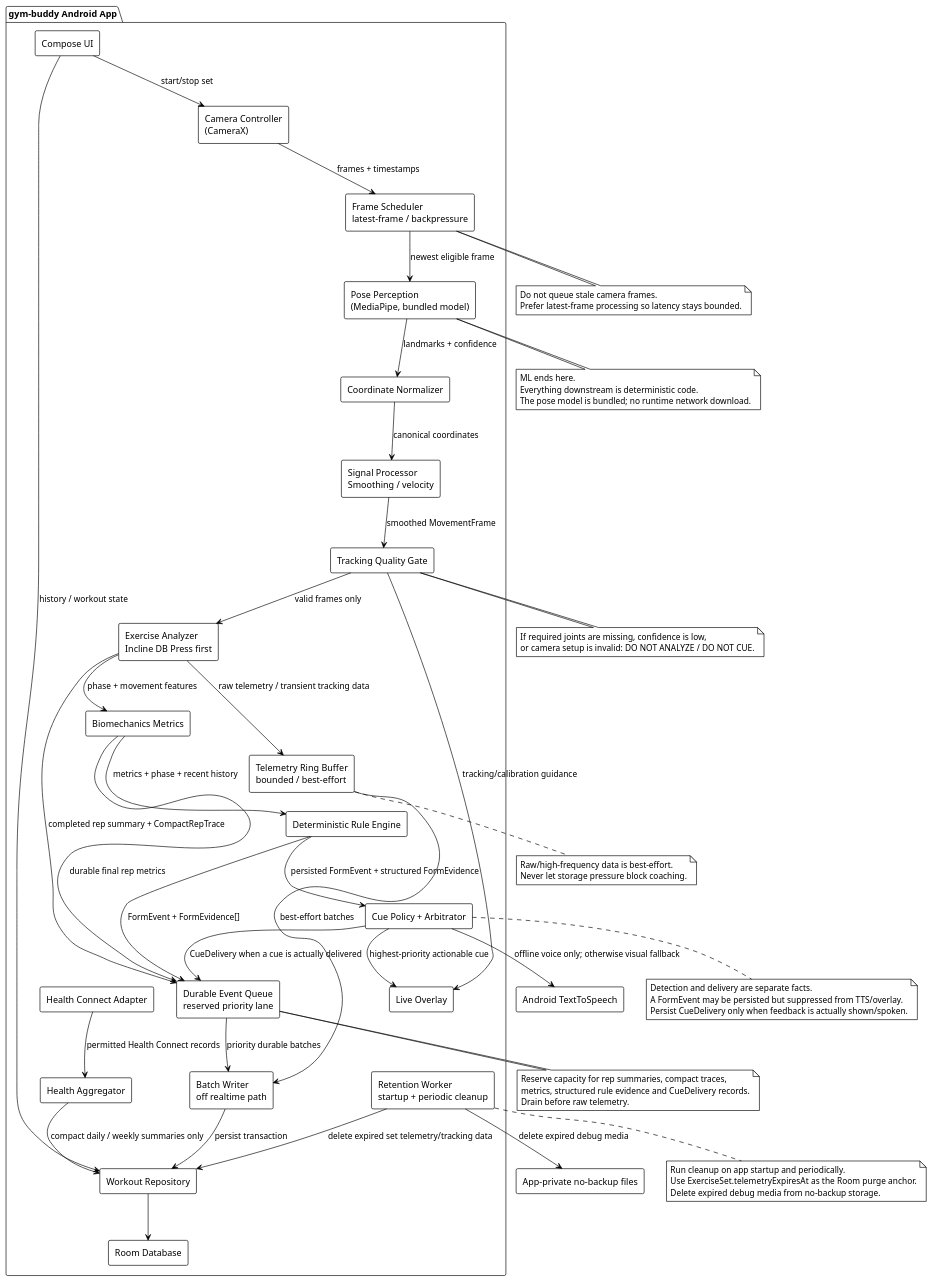
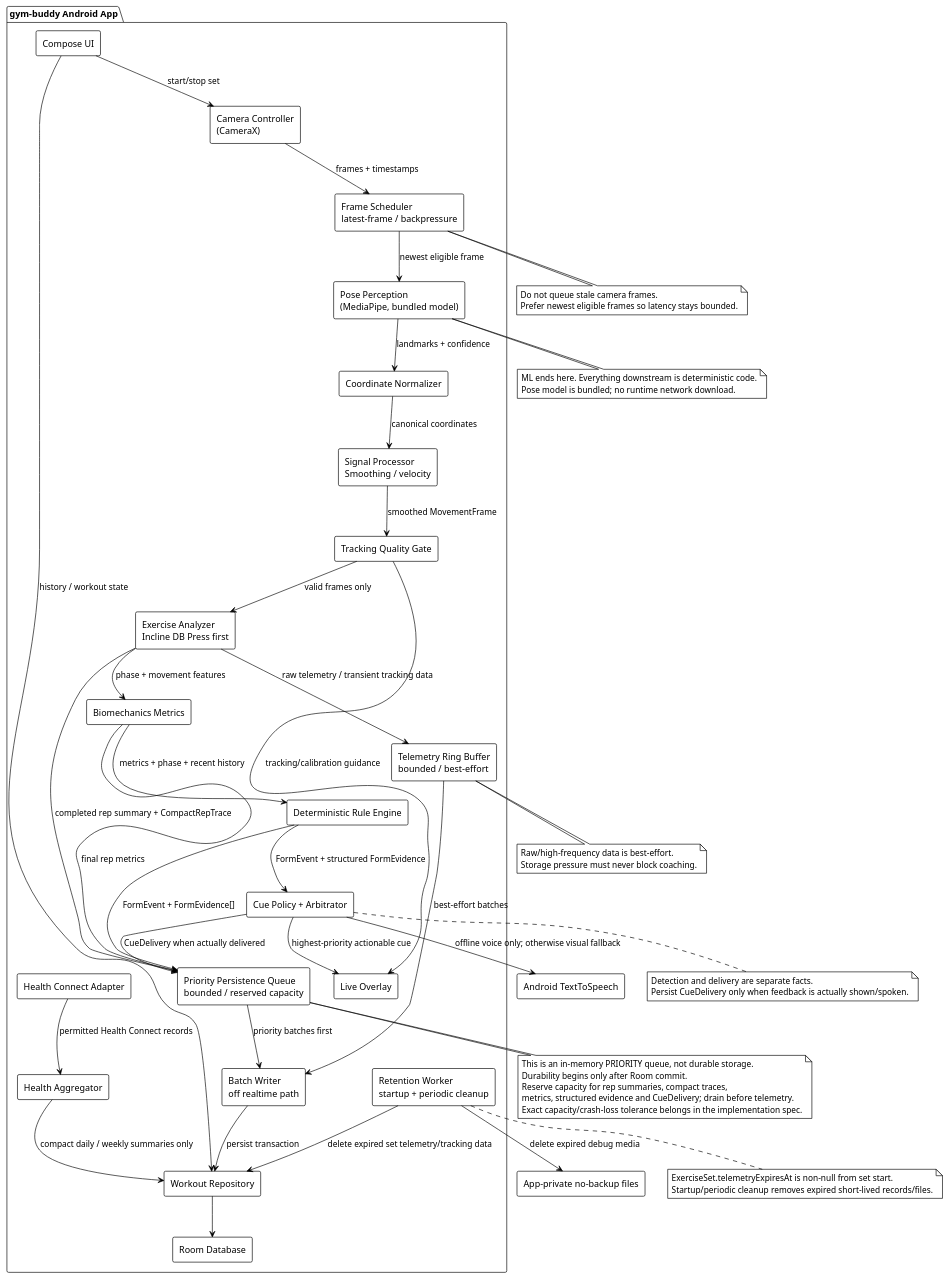
Before and after one commit to lazerta/gym-buddy: the diagram in docs/uml/02-android-components.puml, drawn with PlantUML.

Commit message:
UML v0.7: clarify priority queue semantics

```diff
--- a/docs/uml/02-android-components.puml
+++ b/docs/uml/02-android-components.puml
@@ -1,98 +1,92 @@
 @startuml
 !theme plain
 skinparam shadowing false
 skinparam componentStyle rectangle
 
 package "gym-buddy Android App" {
   [Compose UI] as UI
   [Camera Controller\n(CameraX)] as Camera
   [Frame Scheduler\nlatest-frame / backpressure] as Scheduler
   [Pose Perception\n(MediaPipe, bundled model)] as Pose
   [Coordinate Normalizer] as Normalize
   [Signal Processor\nSmoothing / velocity] as Signal
   [Tracking Quality Gate] as Quality
   [Exercise Analyzer\nIncline DB Press first] as Analyzer
   [Biomechanics Metrics] as Metrics
   [Deterministic Rule Engine] as Rules
   [Cue Policy + Arbitrator] as CuePolicy
   [Live Overlay] as Overlay
   [Telemetry Ring Buffer\nbounded / best-effort] as TelemetryBuffer
-  [Durable Event Queue\nreserved priority lane] as DurableQueue
+  [Priority Persistence Queue\nbounded / reserved capacity] as PriorityQueue
   [Batch Writer\noff realtime path] as BatchWriter
   [Workout Repository] as Repo
   [Health Connect Adapter] as Health
   [Health Aggregator] as HealthAgg
   [Retention Worker\nstartup + periodic cleanup] as Retention
   [Room Database] as Room
 }
 
 UI --> Camera : start/stop set
 Camera --> Scheduler : frames + timestamps
 Scheduler --> Pose : newest eligible frame
 Pose --> Normalize : landmarks + confidence
 Normalize --> Signal : canonical coordinates
 Signal --> Quality : smoothed MovementFrame
 Quality --> Analyzer : valid frames only
 Quality --> Overlay : tracking/calibration guidance
 Analyzer --> Metrics : phase + movement features
 Metrics --> Rules : metrics + phase + recent history
-Rules --> CuePolicy : persisted FormEvent + structured FormEvidence
+Rules --> CuePolicy : FormEvent + structured FormEvidence
 CuePolicy --> Overlay : highest-priority actionable cue
 CuePolicy --> [Android TextToSpeech] : offline voice only; otherwise visual fallback
 
 Analyzer --> TelemetryBuffer : raw telemetry / transient tracking data
-Analyzer --> DurableQueue : completed rep summary + CompactRepTrace
-Metrics --> DurableQueue : durable final rep metrics
-Rules --> DurableQueue : FormEvent + FormEvidence[]
-CuePolicy --> DurableQueue : CueDelivery when a cue is actually delivered
+Analyzer --> PriorityQueue : completed rep summary + CompactRepTrace
+Metrics --> PriorityQueue : final rep metrics
+Rules --> PriorityQueue : FormEvent + FormEvidence[]
+CuePolicy --> PriorityQueue : CueDelivery when actually delivered
 TelemetryBuffer --> BatchWriter : best-effort batches
-DurableQueue --> BatchWriter : priority durable batches
+PriorityQueue --> BatchWriter : priority batches first
 BatchWriter --> Repo : persist transaction
 Repo --> Room
 
 Health --> HealthAgg : permitted Health Connect records
 HealthAgg --> Repo : compact daily / weekly summaries only
 Retention --> Repo : delete expired set telemetry/tracking data
 Retention --> [App-private no-backup files] : delete expired debug media
 UI --> Repo : history / workout state
 
 note bottom of Pose
-ML ends here.
-Everything downstream is deterministic code.
-The pose model is bundled; no runtime network download.
+ML ends here. Everything downstream is deterministic code.
+Pose model is bundled; no runtime network download.
 end note
 
 note bottom of Scheduler
 Do not queue stale camera frames.
-Prefer latest-frame processing so latency stays bounded.
-end note
-
-note bottom of Quality
-If required joints are missing, confidence is low,
-or camera setup is invalid: DO NOT ANALYZE / DO NOT CUE.
+Prefer newest eligible frames so latency stays bounded.
 end note
 
 note bottom of TelemetryBuffer
 Raw/high-frequency data is best-effort.
-Never let storage pressure block coaching.
+Storage pressure must never block coaching.
 end note
 
-note bottom of DurableQueue
+note bottom of PriorityQueue
+This is an in-memory PRIORITY queue, not durable storage.
+Durability begins only after Room commit.
 Reserve capacity for rep summaries, compact traces,
-metrics, structured rule evidence and CueDelivery records.
-Drain before raw telemetry.
+metrics, structured evidence and CueDelivery; drain before telemetry.
+Exact capacity/crash-loss tolerance belongs in the implementation spec.
 end note
 
 note bottom of Retention
-Run cleanup on app startup and periodically.
-Use ExerciseSet.telemetryExpiresAt as the Room purge anchor.
-Delete expired debug media from no-backup storage.
+ExerciseSet.telemetryExpiresAt is non-null from set start.
+Startup/periodic cleanup removes expired short-lived records/files.
 end note
 
 note bottom of CuePolicy
 Detection and delivery are separate facts.
-A FormEvent may be persisted but suppressed from TTS/overlay.
 Persist CueDelivery only when feedback is actually shown/spoken.
 end note
 
 @enduml
```
